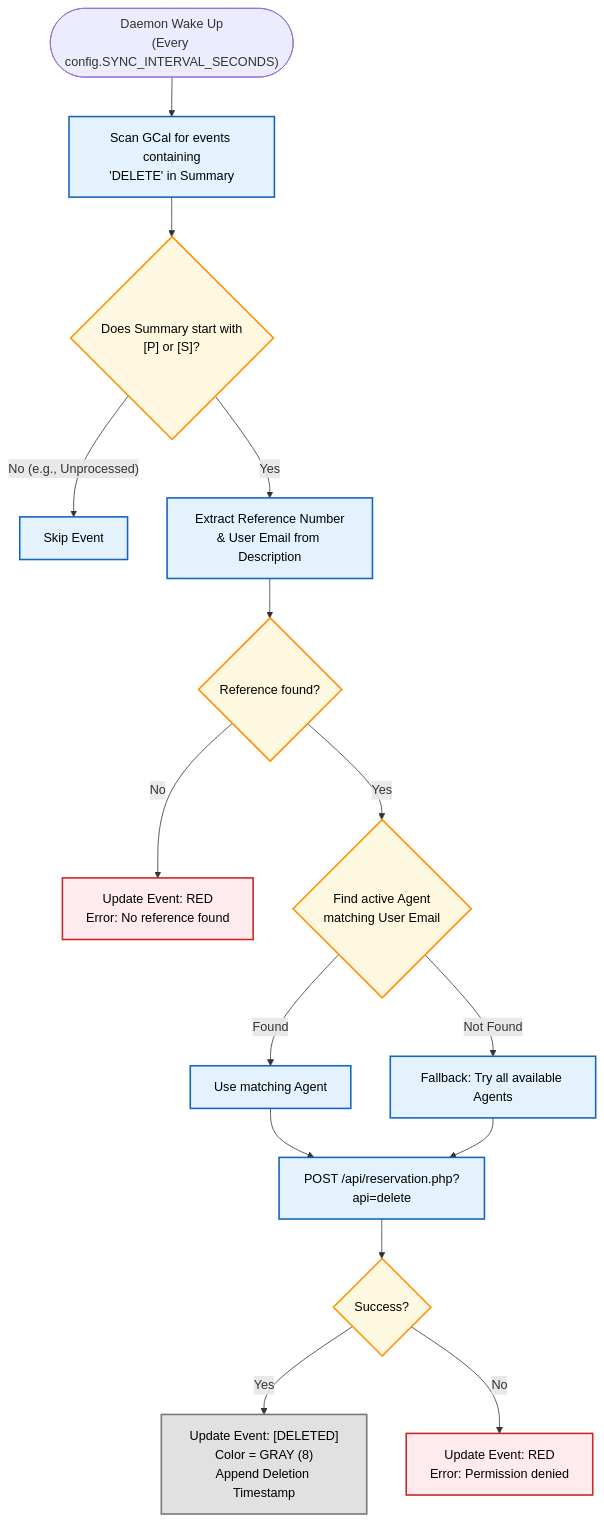
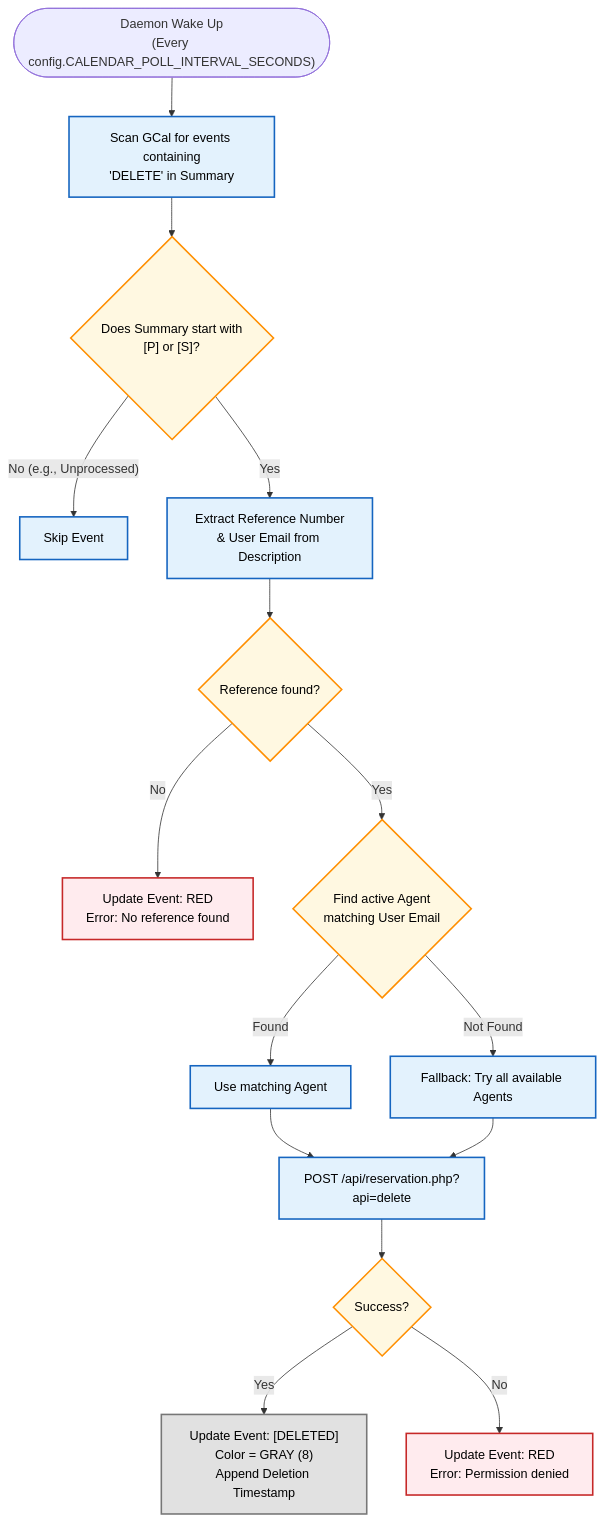
The third of 3 diagrams in docs/diagrams.md (duck-5/BookingAgent), drawn with Mermaid before and after one commit. The commit also changed other lines of this file and 1 other file, not shown here.

Commit message:
docs: update booking rules and architecture diagrams

````diff
--- a/docs/diagrams.md
+++ b/docs/diagrams.md
@@ -118,30 +118,30 @@
 ```mermaid
 flowchart TD
     %% --- STYLING ---
     classDef process fill:#E3F2FD,stroke:#1565C0,stroke-width:2px,color:#000;
     classDef decision fill:#FFF8E1,stroke:#FF8F00,stroke-width:2px,color:#000;
     classDef fail fill:#FFEBEE,stroke:#C62828,stroke-width:2px,color:#000;
     classDef del fill:#e1e1e1,stroke:#777,stroke-width:2px,color:#000;
 
-    Start(["Daemon Wake Up<br>(Every config.SYNC_INTERVAL_SECONDS)"]) --> GetEvents["Scan GCal for events containing<br>'DELETE' in Summary"]:::process
+    Start(["Daemon Wake Up<br>(Every config.CALENDAR_POLL_INTERVAL_SECONDS)"]) --> GetEvents["Scan GCal for events containing<br>'DELETE' in Summary"]:::process
     
     GetEvents --> Valid{"Does Summary start with<br>[P] or [S]?"}:::decision
     Valid -- "No (e.g., Unprocessed)" --> Skip[Skip Event]:::process
     Valid -- Yes --> GetRef["Extract Reference Number<br>& User Email from Description"]:::process
     
     GetRef --> HasRef{"Reference found?"}:::decision
     HasRef -- No --> ErrorEvent["Update Event: RED<br>Error: No reference found"]:::fail
     
     HasRef -- Yes --> FindAgent{"Find active Agent<br>matching User Email"}:::decision
     
     FindAgent -- "Found" --> Attempt[Use matching Agent]:::process
     FindAgent -- "Not Found" --> LoopAll[Fallback: Try all available Agents]:::process
     
     Attempt --> CallDel["POST /api/reservation.php?api=delete"]:::process
     LoopAll --> CallDel
     
     CallDel --> Result{"Success?"}:::decision
     
     Result -- Yes --> ConfirmDel["Update Event: [DELETED]<br>Color = GRAY (8)<br>Append Deletion Timestamp"]:::del
     Result -- No --> ErrorEvent2["Update Event: RED<br>Error: Permission denied"]:::fail
 ```
````
